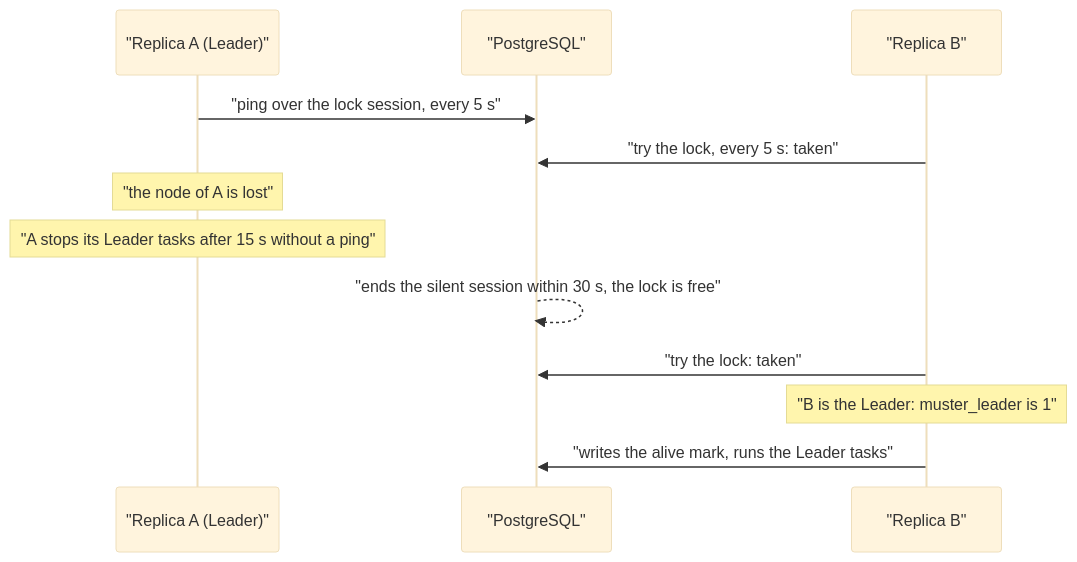
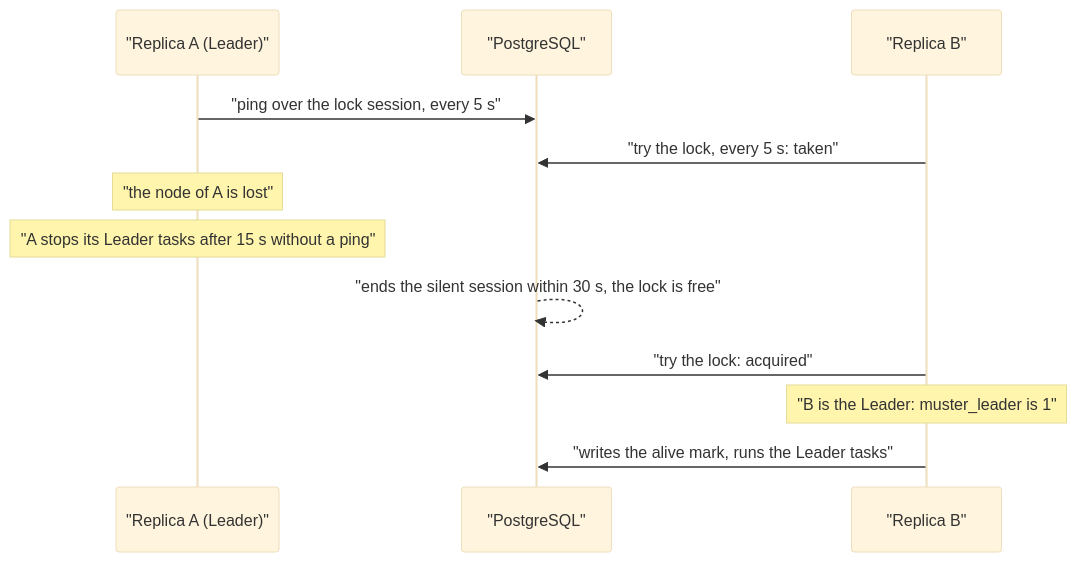
The diagram in docs/operations/high-availability.md (muster-io/muster), drawn with Mermaid (base theme) before and after one commit. The commit also changed other lines of this file and 19 other files, not shown here.

````diff
--- a/docs/operations/high-availability.md
+++ b/docs/operations/high-availability.md
@@ -45,14 +45,14 @@
 ```mermaid
 sequenceDiagram
   participant A as "Replica A (Leader)"
   participant PG as "PostgreSQL"
   participant B as "Replica B"
   A->>PG: "ping over the lock session, every 5 s"
   B->>PG: "try the lock, every 5 s: taken"
   Note over A: "the node of A is lost"
   Note over A: "A stops its Leader tasks after 15 s without a ping"
   PG-->>PG: "ends the silent session within 30 s, the lock is free"
-  B->>PG: "try the lock: taken"
+  B->>PG: "try the lock: acquired"
   Note over B: "B is the Leader: muster_leader is 1"
   B->>PG: "writes the alive mark, runs the Leader tasks"
 ```
````
